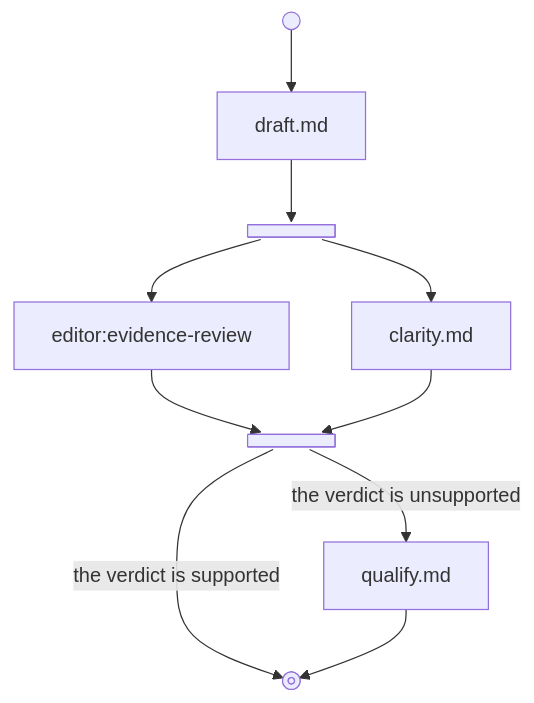
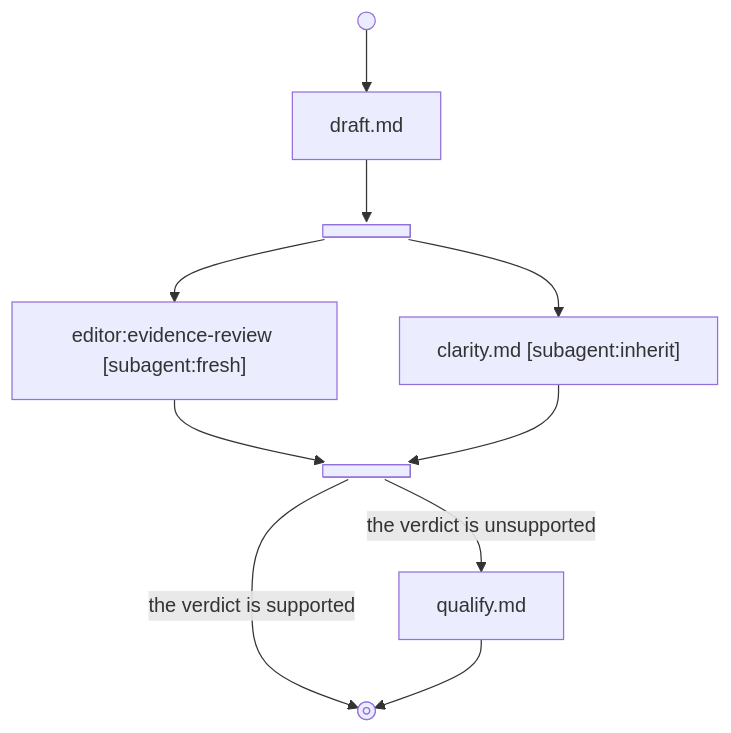
The first of 2 diagrams in skills/graph-workflows/references/example.md (jdeurt/graph-workflows), drawn with Mermaid before and after one commit. The commit also changed 7 other files, not shown here.

````diff
--- a/skills/graph-workflows/references/example.md
+++ b/skills/graph-workflows/references/example.md
@@ -5,22 +5,20 @@
 ```mermaid
 flowchart TD
 _start@{ shape: sm-circ, label: "Start" }
 draft["draft.md"]
 split@{ shape: fork, label: "fork" }
-%% subagent:fresh
-review["editor:evidence-review"]
-%% subagent:inherit
-clarity["clarity.md"]
+review["editor:evidence-review [subagent:fresh]"]
+clarity["clarity.md [subagent:inherit]"]
 gather@{ shape: fork, label: "join" }
 qualify["qualify.md"]
 _stop@{ shape: framed-circle, label: "Stop" }
 _start --> draft
 draft --> split
 split --> review
 split --> clarity
 review --> gather
 clarity --> gather
 gather -->|the verdict is supported| _stop
 gather -->|the verdict is unsupported| qualify
 qualify --> _stop
 ```
````
